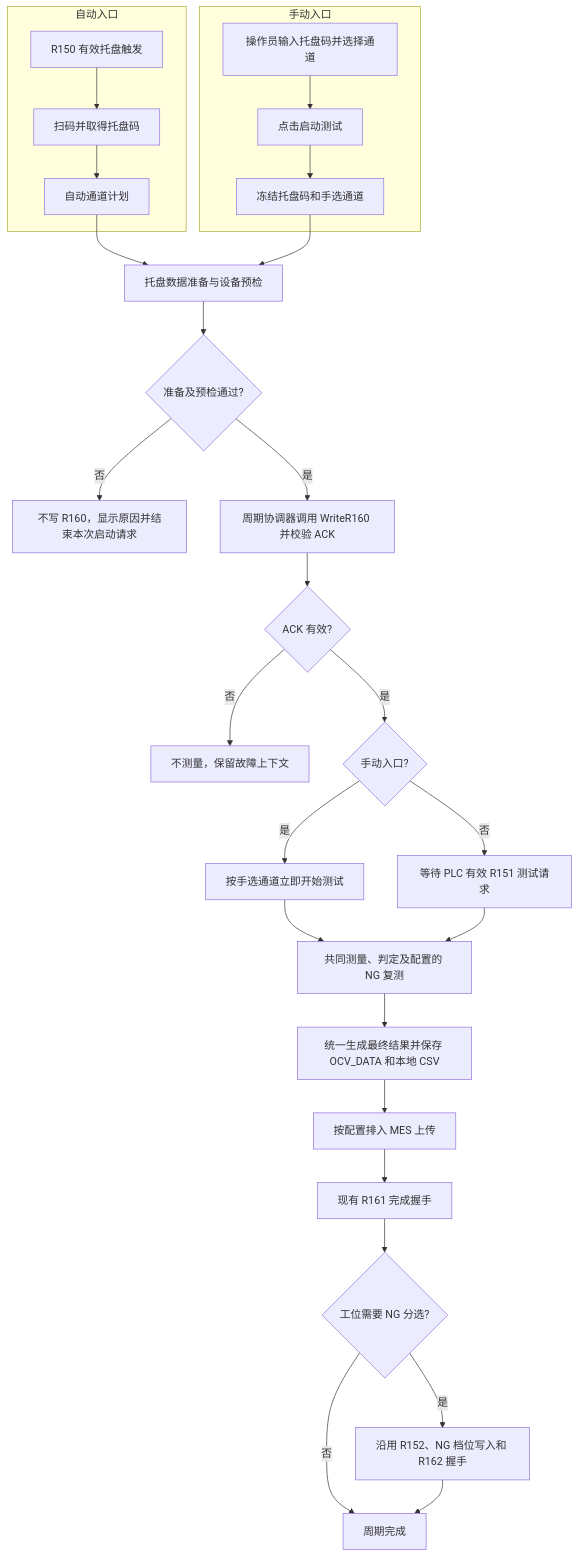
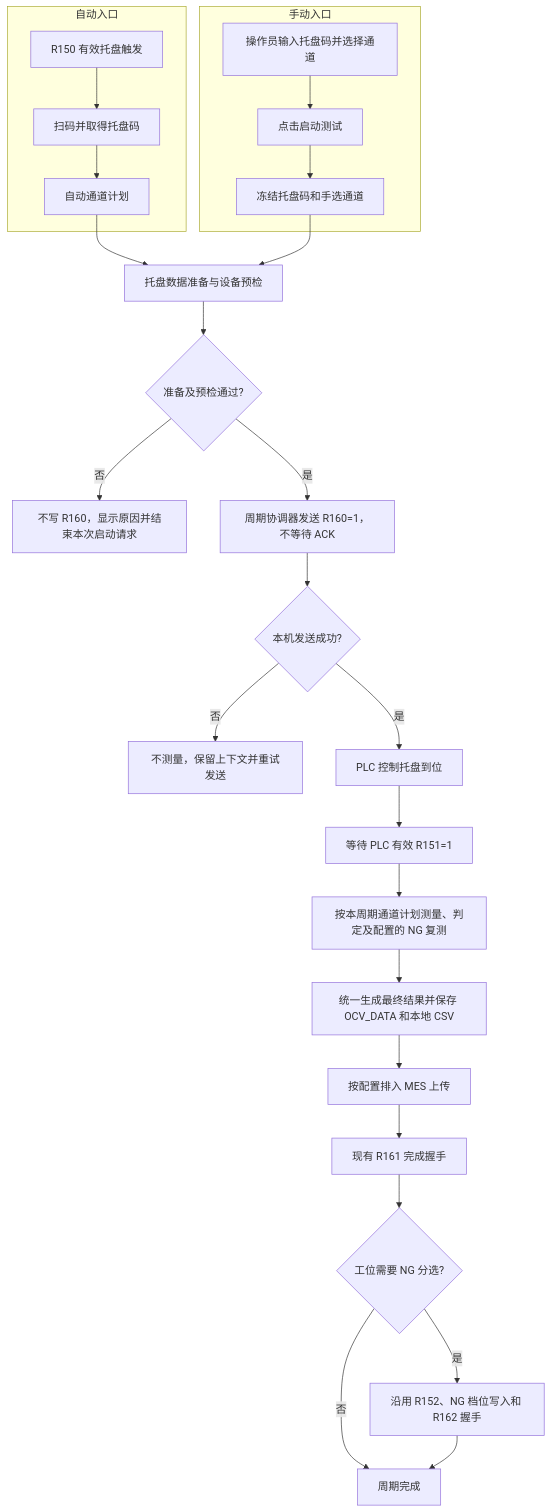
Before and after one commit to wengzj0113/BK_OCV256CH: the diagram in docs/superpowers/specs/2026-10-10-main-page-manual-mode-unified-cycle-design.md, drawn with Mermaid. The commit also changed other lines of this file and 92 other files, not shown here.

````diff
--- a/docs/superpowers/specs/2026-10-10-main-page-manual-mode-unified-cycle-design.md
+++ b/docs/superpowers/specs/2026-10-10-main-page-manual-mode-unified-cycle-design.md
@@ -61,31 +61,29 @@
 ```mermaid
 flowchart TD
     subgraph Auto[自动入口]
         A[R150 有效托盘触发] --> B[扫码并取得托盘码]
         B --> C[自动通道计划]
     end
     subgraph Manual[手动入口]
         D[操作员输入托盘码并选择通道]
         D --> E[点击启动测试]
         E --> F[冻结托盘码和手选通道]
     end
     C --> G[托盘数据准备与设备预检]
     F --> G
     G --> H{准备及预检通过?}
     H -- 否 --> X[不写 R160，显示原因并结束本次启动请求]
-    H -- 是 --> I[周期协调器调用 WriteR160 并校验 ACK]
-    I --> J{ACK 有效?}
-    J -- 否 --> Y[不测量，保留故障上下文]
-    J -- 是 --> K{手动入口?}
-    K -- 是 --> L[按手选通道立即开始测试]
-    K -- 否 --> M[等待 PLC 有效 R151 测试请求]
-    L --> N[共同测量、判定及配置的 NG 复测]
-    M --> N
+    H -- 是 --> I[周期协调器发送 R160=1，不等待 ACK]
+    I --> J{本机发送成功?}
+    J -- 否 --> Y[不测量，保留上下文并重试发送]
+    J -- 是 --> K[PLC 控制托盘到位]
+    K --> M[等待 PLC 有效 R151=1]
+    M --> N[按本周期通道计划测量、判定及配置的 NG 复测]
     N --> O[统一生成最终结果并保存 OCV_DATA 和本地 CSV]
     O --> P[按配置排入 MES 上传]
     P --> Q[现有 R161 完成握手]
     Q --> R{工位需要 NG 分选?}
     R -- 是 --> S[沿用 R152、NG 档位写入和 R162 握手]
     R -- 否 --> T[周期完成]
     S --> T
 ```
````
